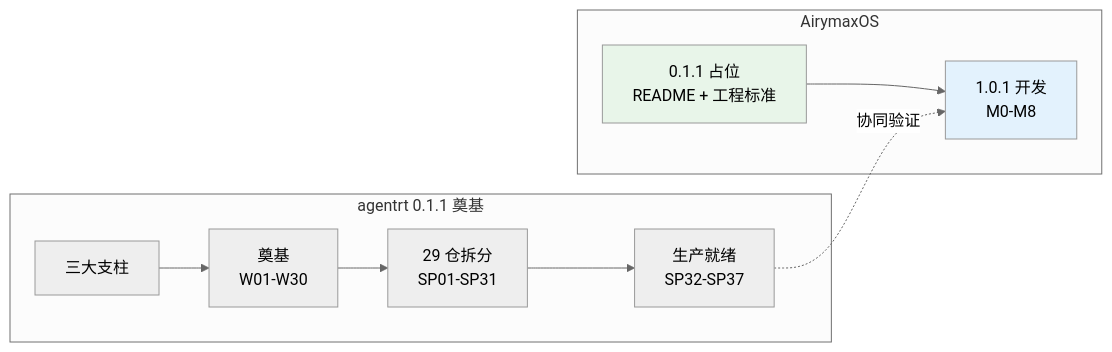
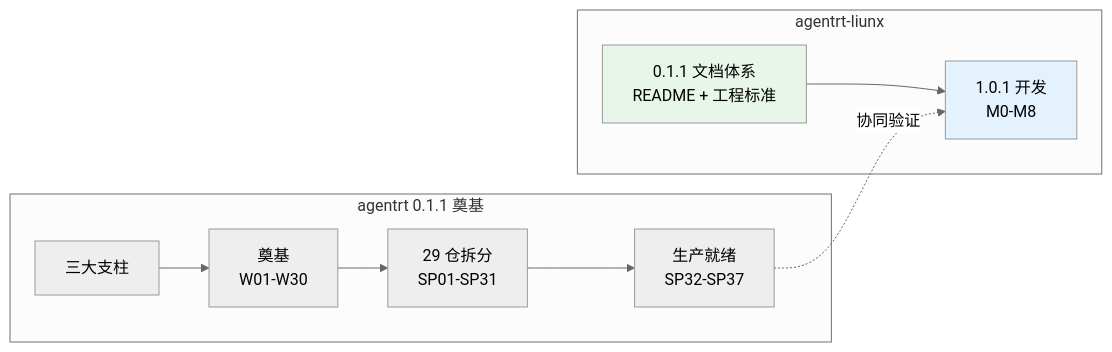
One commit to openairymax/docs changed the first of 2 diagrams in AirymaxAgentOS/130-roadmap/01-development-strategy.md. Above: the diagram before and after it, drawn with Mermaid (neutral theme). The commit also changed other lines of this file and 99 other files, not shown here.

````diff
--- a/AirymaxAgentOS/130-roadmap/01-development-strategy.md
+++ b/AirymaxAgentOS/130-roadmap/01-development-strategy.md
@@ -27,18 +27,18 @@
 ```mermaid
 graph LR
     subgraph RT[agentrt 0.1.1 奠基]
         RT1[三大支柱]
         RT1a[奠基<br/>W01-W30]
         RT1b[29 仓拆分<br/>SP01-SP31]
         RT1c[生产就绪<br/>SP32-SP37]
         RT1 --> RT1a --> RT1b --> RT1c
     end
-    subgraph OS[AirymaxOS]
-        OS1[0.1.1 占位<br/>README + 工程标准]
+    subgraph OS[agentrt-liunx]
+        OS1[0.1.1 文档体系<br/>README + 工程标准]
         OS2[1.0.1 开发<br/>M0-M8]
         OS1 --> OS2
     end
     RT1c -.协同验证.-> OS2
     style OS1 fill:#e8f5e9
     style OS2 fill:#e3f2fd
 ```
````
